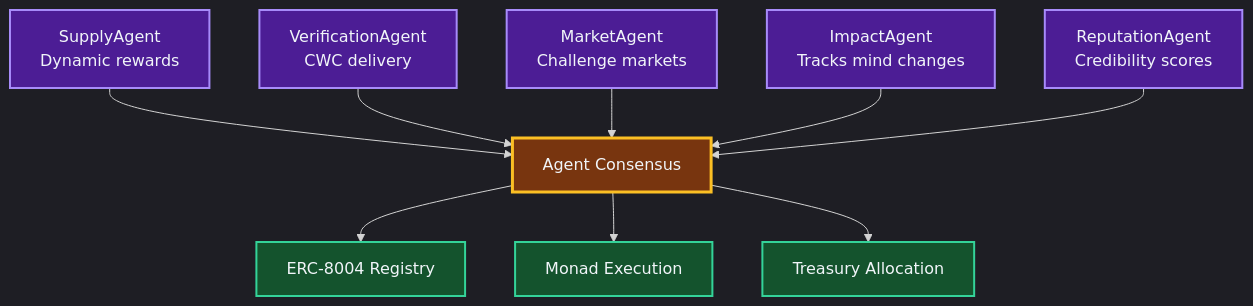
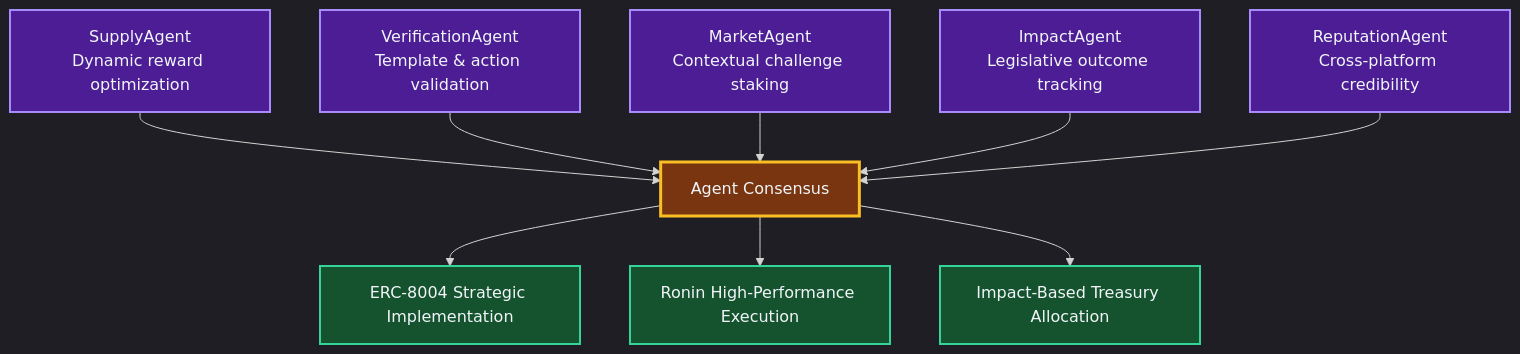
Before and after one commit to communisaas/voter-protocol: the fifth of 5 diagrams in docs/architecture/OVERVIEW_HYBRID_ARCHITECTURE.md, drawn with Mermaid. The commit also changed other lines of this file and 77 other files, not shown here.

First line of the commit message:
feat: Implement oracle-based dynamic rewards + restore docs

````diff
--- a/docs/architecture/OVERVIEW_HYBRID_ARCHITECTURE.md
+++ b/docs/architecture/OVERVIEW_HYBRID_ARCHITECTURE.md
@@ -313,22 +314,22 @@
 ```mermaid
 %%{init: {'theme':'dark', 'themeVariables': { 'primaryColor':'#1e293b', 'primaryBorderColor':'#64748b', 'primaryTextColor':'#f1f5f9', 'background':'#0f172a', 'mainBkg':'#1e293b', 'secondaryBkg':'#334155'}}}%%
 flowchart TB
-  Supply["SupplyAgent<br/>Dynamic rewards"] --> Consensus["Agent Consensus"]
-  Verify["VerificationAgent<br/>CWC delivery"] --> Consensus
-  Market["MarketAgent<br/>Challenge markets"] --> Consensus
-  Impact["ImpactAgent<br/>Tracks mind changes"] --> Consensus
-  Reputation["ReputationAgent<br/>Credibility scores"] --> Consensus
-  Consensus --> ERC8004["ERC-8004 Registry"]
-  Consensus --> Monad["Monad Execution"]
-  Consensus --> Treasury["Treasury Allocation"]
+  Supply["SupplyAgent<br/>Dynamic reward optimization"] --> Consensus["Agent Consensus"]
+  Verify["VerificationAgent<br/>Template & action validation"] --> Consensus
+  Market["MarketAgent<br/>Contextual challenge staking"] --> Consensus
+  Impact["ImpactAgent<br/>Legislative outcome tracking"] --> Consensus
+  Reputation["ReputationAgent<br/>Cross-platform credibility"] --> Consensus
+  Consensus --> ERC8004["ERC-8004 Strategic Implementation"]
+  Consensus --> Ronin["Ronin High-Performance Execution"]
+  Consensus --> Treasury["Impact-Based Treasury Allocation"]
   
   style Supply fill:#4c1d95,stroke:#a78bfa,stroke-width:2px,color:#f1f5f9
   style Verify fill:#4c1d95,stroke:#a78bfa,stroke-width:2px,color:#f1f5f9
   style Market fill:#4c1d95,stroke:#a78bfa,stroke-width:2px,color:#f1f5f9
   style Impact fill:#4c1d95,stroke:#a78bfa,stroke-width:2px,color:#f1f5f9
   style Reputation fill:#4c1d95,stroke:#a78bfa,stroke-width:2px,color:#f1f5f9
   style Consensus fill:#78350f,stroke:#fbbf24,stroke-width:3px,color:#f1f5f9
   style ERC8004 fill:#14532d,stroke:#34d399,stroke-width:2px,color:#f1f5f9
-  style Monad fill:#14532d,stroke:#34d399,stroke-width:2px,color:#f1f5f9
+  style Ronin fill:#14532d,stroke:#34d399,stroke-width:2px,color:#f1f5f9
   style Treasury fill:#14532d,stroke:#34d399,stroke-width:2px,color:#f1f5f9
 ```
````
